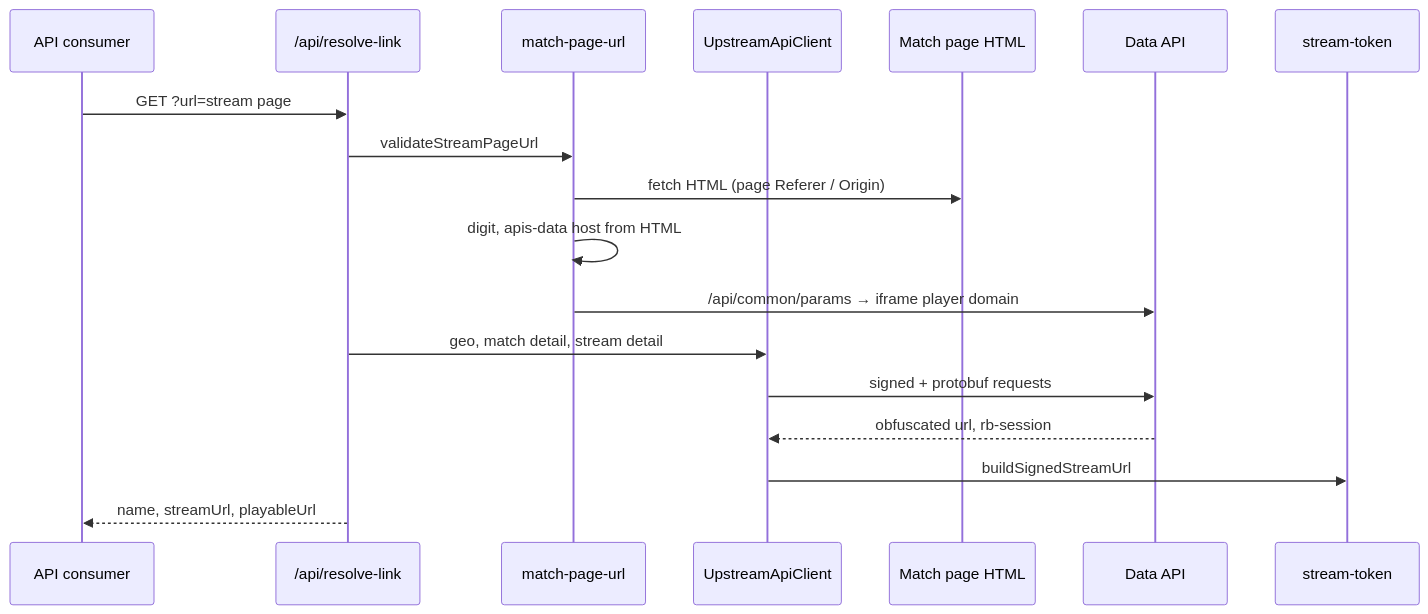
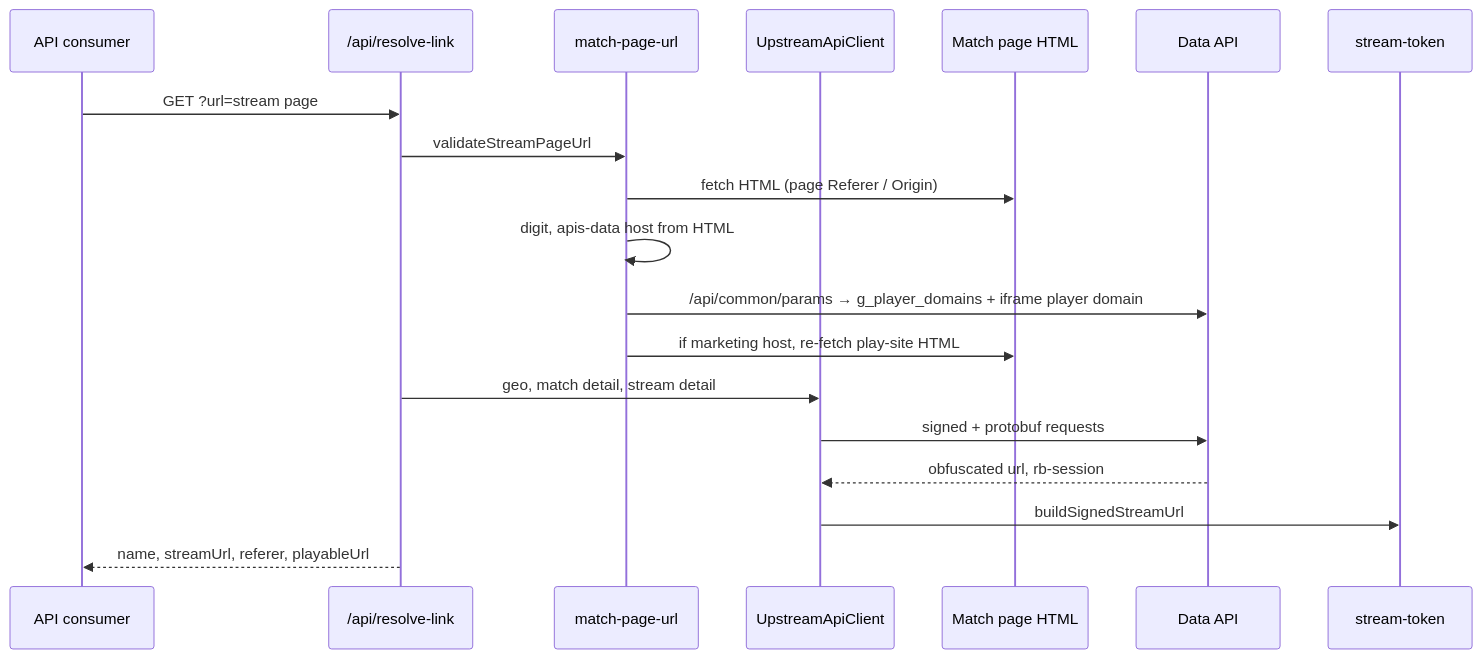
The first of 2 diagrams in README.md (MMonterrosaSV/fctv33-stream-resolver), drawn with Mermaid before and after one commit. The commit also changed other lines of this file and 8 other files, not shown here.

Commit message:
resolve marketing play sites, add referer and VLC/mpv exports, tune live HLS sync, strip EXT-X-START, and update README

````diff
--- a/README.md
+++ b/README.md
@@ -99,21 +101,22 @@
 ```mermaid
 sequenceDiagram
   participant C as API consumer
   participant R as /api/resolve-link
   participant P as match-page-url
   participant A as UpstreamApiClient
   participant Page as Match page HTML
   participant API as Data API
   participant T as stream-token
 
   C->>R: GET ?url=stream page
   R->>P: validateStreamPageUrl
   P->>Page: fetch HTML (page Referer / Origin)
   P->>P: digit, apis-data host from HTML
-  P->>API: /api/common/params → iframe player domain
+  P->>API: /api/common/params → g_player_domains + iframe player domain
+  P->>Page: if marketing host, re-fetch play-site HTML
   R->>A: geo, match detail, stream detail
   A->>API: signed + protobuf requests
   API-->>A: obfuscated url, rb-session
   A->>T: buildSignedStreamUrl
-  R-->>C: name, streamUrl, playableUrl
+  R-->>C: name, streamUrl, referer, playableUrl
 ```
````
